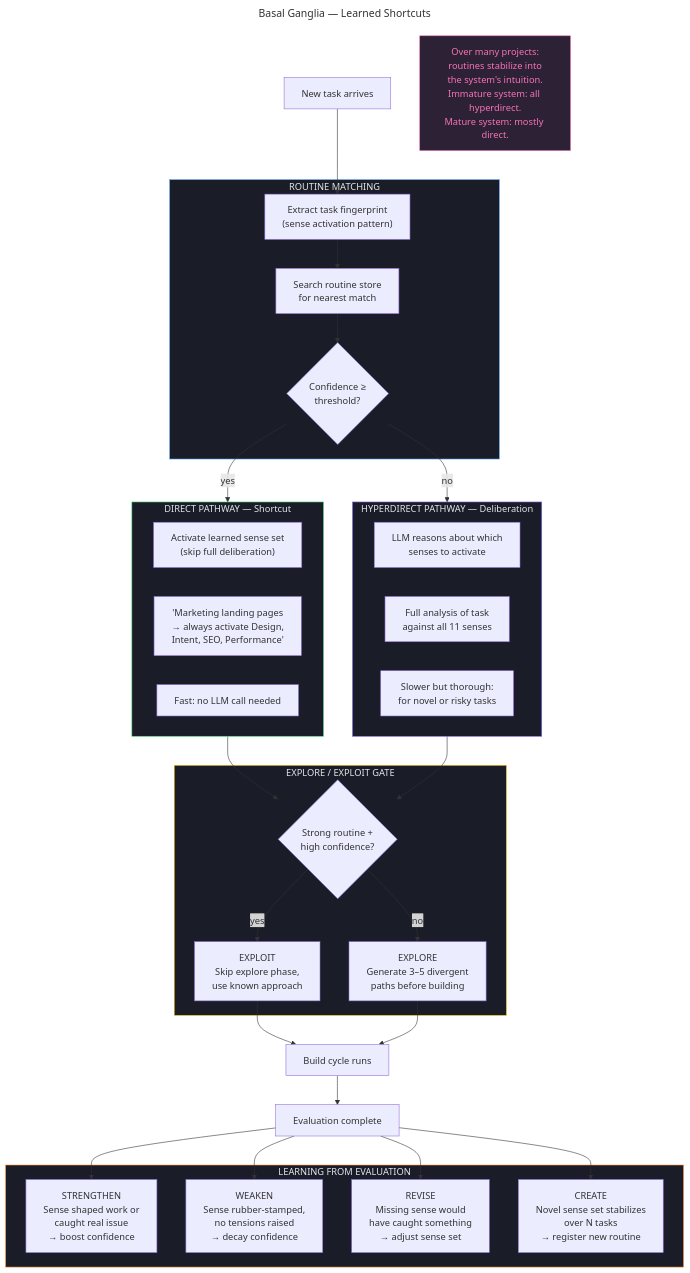
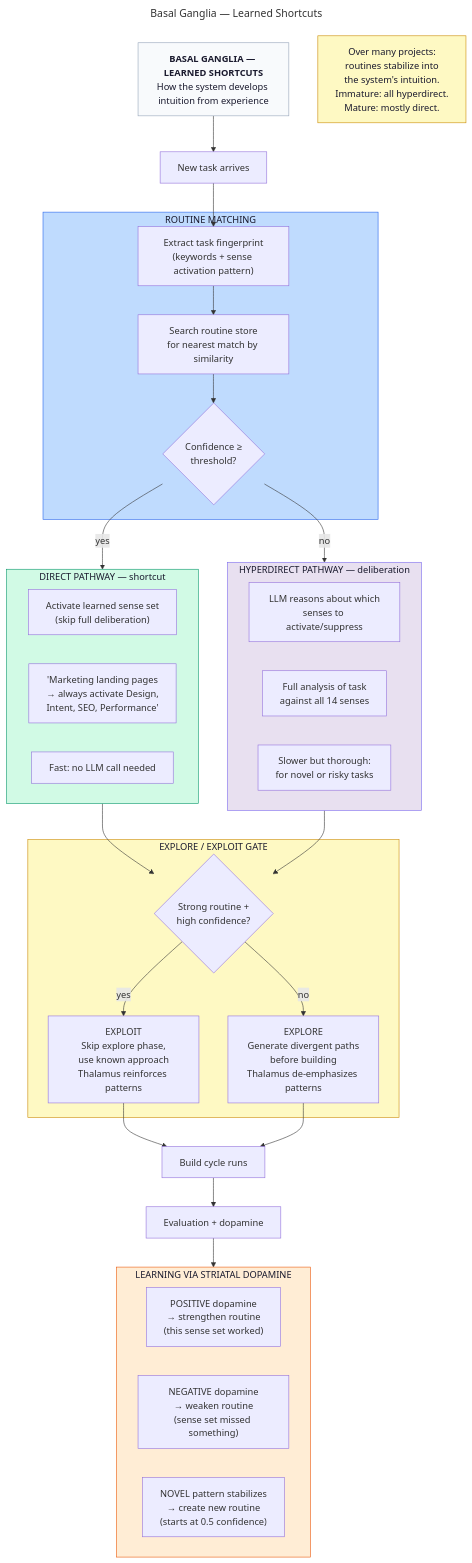
One commit to Joinery-dev/agent-cortex changed the diagram in diagrams/12-basal-ganglia-routines.mmd. Above: the diagram before and after it, drawn with Mermaid. The commit also changed 39 other files, not shown here.

First line of the commit message:
Rename explore/exploit to explore/leverage

```diff
--- a/diagrams/12-basal-ganglia-routines.mmd
+++ b/diagrams/12-basal-ganglia-routines.mmd
@@ -1,59 +1,63 @@
 ---
 title: "Basal Ganglia — Learned Shortcuts"
 scope: global
 ---
 flowchart TD
-    TASK["New task arrives"]
+    TITLE["<b>BASAL GANGLIA — LEARNED SHORTCUTS</b><br/>How the system develops intuition from experience"]
+    style TITLE fill:#f8fafc,stroke:#94a3b8,color:#1a1a2e
+
+    TITLE --> TASK["New task arrives"]
 
     subgraph MATCH["ROUTINE MATCHING"]
-        M1["Extract task fingerprint<br/>(sense activation pattern)"]
-        M2["Search routine store<br/>for nearest match"]
+        M1["Extract task fingerprint<br/>(keywords + sense activation pattern)"]
+        M2["Search routine store<br/>for nearest match by similarity"]
         M3{"Confidence ≥<br/>threshold?"}
     end
 
-    subgraph DIRECT["DIRECT PATHWAY — Shortcut"]
+    TASK --> M1 --> M2 --> M3
+
+    subgraph DIRECT["DIRECT PATHWAY — shortcut"]
         D1["Activate learned sense set<br/>(skip full deliberation)"]
         D2["'Marketing landing pages<br/>→ always activate Design,<br/>Intent, SEO, Performance'"]
         D3["Fast: no LLM call needed"]
     end
 
-    subgraph HYPER["HYPERDIRECT PATHWAY — Deliberation"]
-        H1["LLM reasons about which<br/>senses to activate"]
-        H2["Full analysis of task<br/>against all 11 senses"]
+    subgraph HYPER["HYPERDIRECT PATHWAY — deliberation"]
+        H1["LLM reasons about which<br/>senses to activate/suppress"]
+        H2["Full analysis of task<br/>against all 14 senses"]
         H3["Slower but thorough:<br/>for novel or risky tasks"]
     end
 
+    M3 -->|"yes"| DIRECT
+    M3 -->|"no"| HYPER
+
     subgraph GATE["EXPLORE / EXPLOIT GATE"]
         G1{"Strong routine +<br/>high confidence?"}
-        G2["EXPLOIT<br/>Skip explore phase,<br/>use known approach"]
-        G3["EXPLORE<br/>Generate 3–5 divergent<br/>paths before building"]
+        G2["EXPLOIT<br/>Skip explore phase,<br/>use known approach<br/>Thalamus reinforces patterns"]
+        G3["EXPLORE<br/>Generate divergent paths<br/>before building<br/>Thalamus de-emphasizes patterns"]
     end
-
-    subgraph LEARN["LEARNING FROM EVALUATION"]
-        L1["STRENGTHEN<br/>Sense shaped work or<br/>caught real issue<br/>→ boost confidence"]
-        L2["WEAKEN<br/>Sense rubber-stamped,<br/>no tensions raised<br/>→ decay confidence"]
-        L3["REVISE<br/>Missing sense would<br/>have caught something<br/>→ adjust sense set"]
-        L4["CREATE<br/>Novel sense set stabilizes<br/>over N tasks<br/>→ register new routine"]
-    end
-
-    TASK --> M1 --> M2 --> M3
-    M3 -->|yes| DIRECT
-    M3 -->|no| HYPER
 
     DIRECT --> G1
     HYPER --> G1
-    G1 -->|yes| G2
-    G1 -->|no| G3
+    G1 -->|"yes"| G2
+    G1 -->|"no"| G3
 
     G2 & G3 --> BUILD["Build cycle runs"]
-    BUILD --> EVAL["Evaluation complete"]
-    EVAL --> L1 & L2 & L3 & L4
+    BUILD --> EVAL["Evaluation + dopamine"]
 
-    NOTE["Over many projects:<br/>routines stabilize into<br/>the system's intuition.<br/>Immature system: all hyperdirect.<br/>Mature system: mostly direct."]
+    subgraph LEARN["LEARNING VIA STRIATAL DOPAMINE"]
+        L1["POSITIVE dopamine<br/>→ strengthen routine<br/>(this sense set worked)"]
+        L2["NEGATIVE dopamine<br/>→ weaken routine<br/>(sense set missed something)"]
+        L3["NOVEL pattern stabilizes<br/>→ create new routine<br/>(starts at 0.5 confidence)"]
+    end
 
-    style MATCH fill:#1a1d27,stroke:#60a5fa,color:#e2e4ea
-    style DIRECT fill:#1a1d27,stroke:#4ade80,color:#e2e4ea
-    style HYPER fill:#1a1d27,stroke:#7c6af0,color:#e2e4ea
-    style GATE fill:#1a1d27,stroke:#facc15,color:#e2e4ea
-    style LEARN fill:#1a1d27,stroke:#fb923c,color:#e2e4ea
-    style NOTE fill:#2d2235,stroke:#f472b6,color:#f472b6
+    EVAL --> LEARN
+
+    NOTE["Over many projects:<br/>routines stabilize into<br/>the system's intuition.<br/>Immature: all hyperdirect.<br/>Mature: mostly direct."]
+
+    style MATCH fill:#bfdbfe,stroke:#2563eb,color:#1a1a2e
+    style DIRECT fill:#d1fae5,stroke:#059669,color:#1a1a2e
+    style HYPER fill:#e8e0f0,stroke:#7c6af0,color:#1a1a2e
+    style GATE fill:#fef9c3,stroke:#ca8a04,color:#1a1a2e
+    style LEARN fill:#ffedd5,stroke:#ea580c,color:#1a1a2e
+    style NOTE fill:#fef9c3,stroke:#ca8a04,color:#1a1a2e
```
